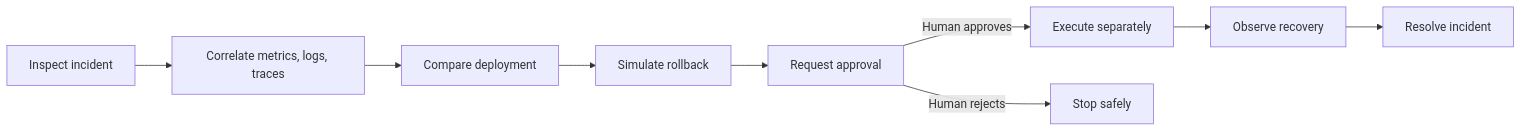
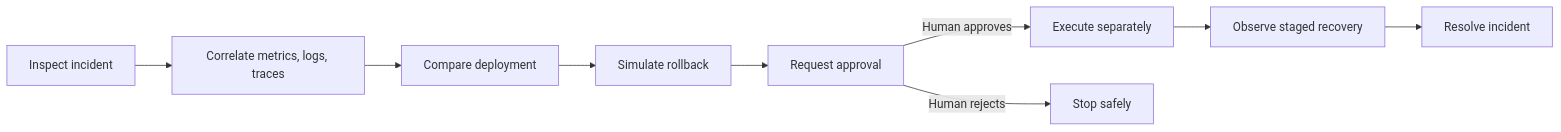
Before and after one commit to la3679/webops-commander: the first of 2 diagrams in README.md, drawn with Mermaid. The commit also changed other lines of this file and 1 other file, not shown here.

````diff
--- a/README.md
+++ b/README.md
@@ -33,11 +52,11 @@
 ```mermaid
 flowchart LR
   A[Inspect incident] --> B[Correlate metrics, logs, traces]
   B --> C[Compare deployment]
   C --> D[Simulate rollback]
   D --> E[Request approval]
   E -->|Human approves| F[Execute separately]
   E -->|Human rejects| G[Stop safely]
-  F --> H[Observe recovery]
+  F --> H[Observe staged recovery]
   H --> I[Resolve incident]
 ```
````
